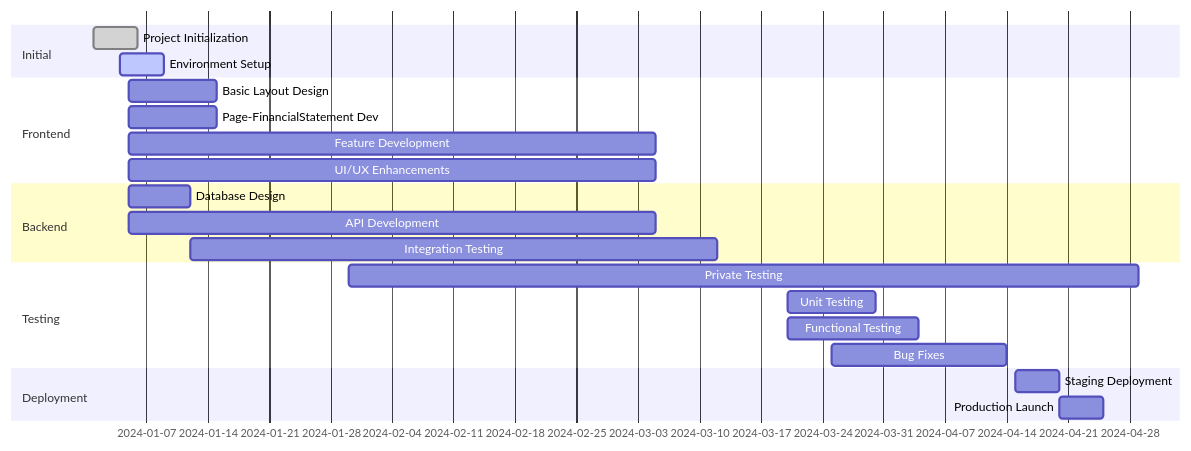
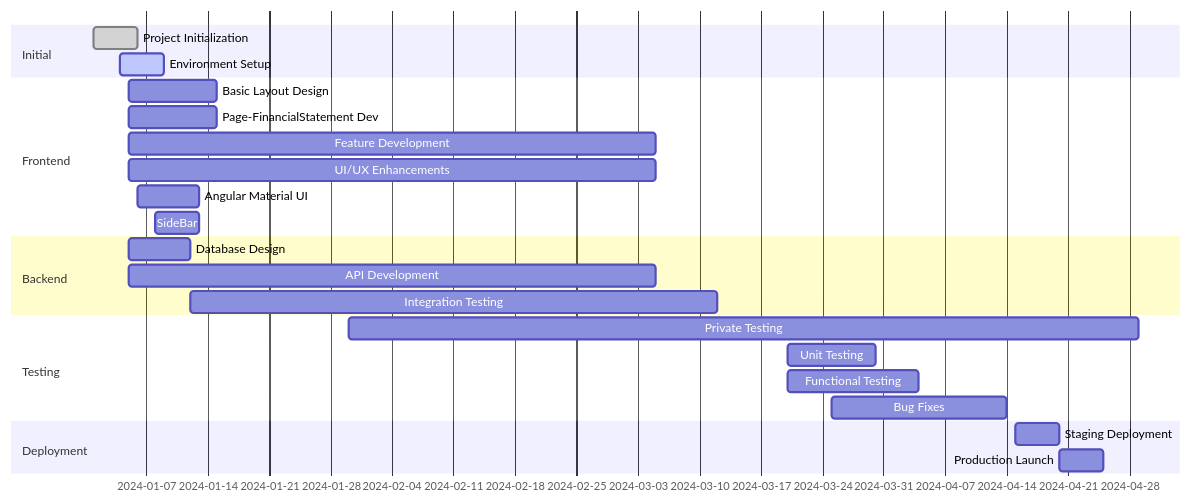
Before and after one commit to lumduan/fireball-ng: the first of 7 diagrams in README.md, drawn with Mermaid. The commit also changed other lines of this file and 2 other files, not shown here.

Commit message:
MOD: Card Text > income-statement-card.ts, UPDATE: README.md

````diff
--- a/README.md
+++ b/README.md
@@ -4,30 +5,33 @@
 ```mermaid
 gantt
 
 dateFormat YYYY-MM-DD
 
 section Initial
   Project Initialization :done, 2024-01-01, 5d
   Environment Setup     :active, after des1, 5d
 
 section Frontend
   Basic Layout Design   : 2024-01-05, 10d
   Page-FinancialStatement Dev : 2024-01-05, 10d
   Feature Development   : 2024-01-05, 60d
   UI/UX Enhancements    : 2024-01-05, 60d
+  Angular Material UI : 2024-01-06,7d
+  SideBar: 2024-01-08, 5d
 
 section Backend
-Database Design       : 2024-01-05, 7d
-API Development       : 2024-01-05, 60d
-Integration Testing   : 2024-01-12, 60d
+  Database Design       : 2024-01-05, 7d
+  API Development       : 2024-01-05, 60d
+  Integration Testing   : 2024-01-12, 60d
 
 section Testing
-Private Testing : 2024-01-30, 90d
-Unit Testing          : 2024-03-20, 10d
-Functional Testing    : 2024-03-20, 15d
-Bug Fixes             :2024-03-25, 20d
+  Private Testing : 2024-01-30, 90d
+  Unit Testing          : 2024-03-20, 10d
+  Functional Testing    : 2024-03-20, 15d
+  Bug Fixes             :2024-03-25, 20d
 
 section Deployment
-Staging Deployment    : 2024-04-15, 5d
-Production Launch     : 2024-04-20, 5d
+  Staging Deployment    : 2024-04-15, 5d
+  Production Launch     : 2024-04-20, 5d
+
 ```
````
